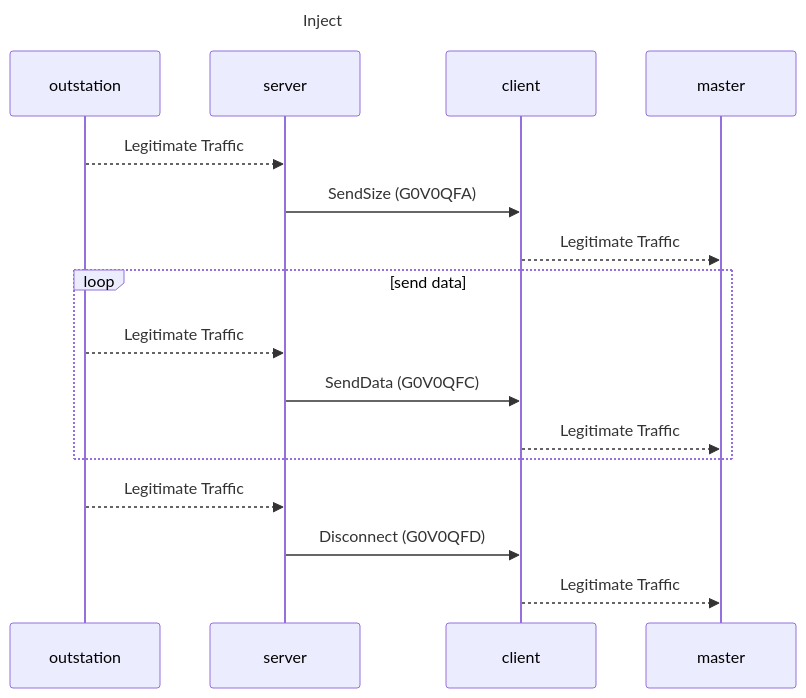
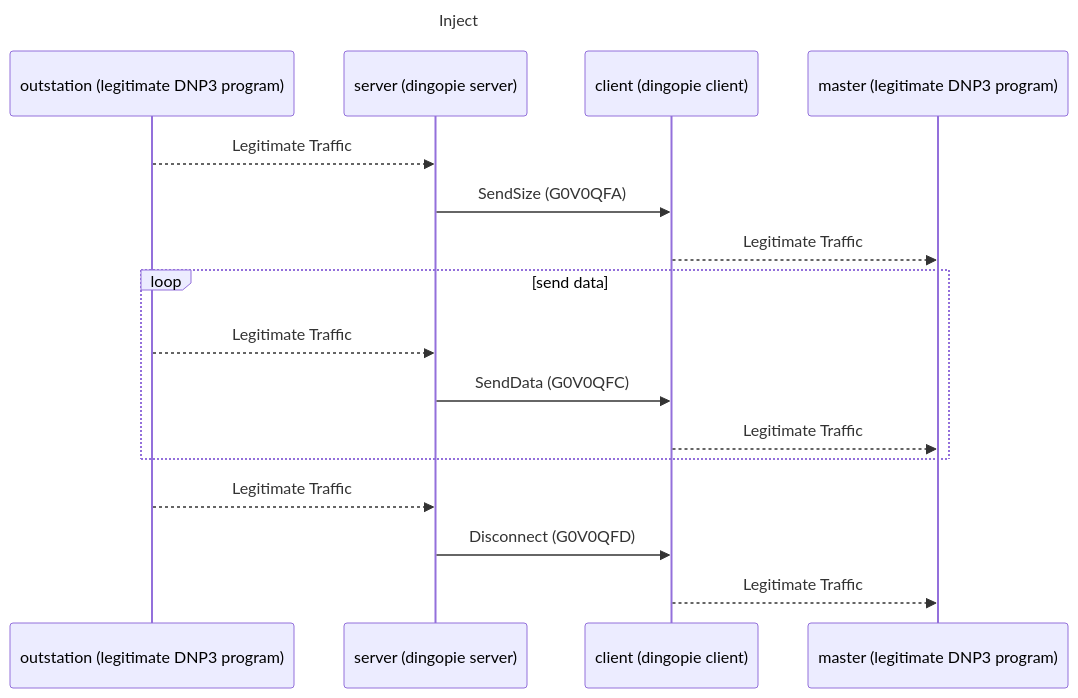
One commit to nblair2/dingopie changed the fourth of 4 diagrams in README.md. Above: the diagram before and after it, drawn with Mermaid. The commit also changed other lines of this file and 20 other files, not shown here.

````diff
--- a/README.md
+++ b/README.md
@@ -162,20 +164,20 @@
 ```mermaid
 sequenceDiagram
 Title: Inject
-    participant o as outstation
-    participant s as server
-    participant c as client
-    participant m as master
+    participant o as outstation (legitimate DNP3 program)
+    participant s as server (dingopie server)
+    participant c as client (dingopie client)
+    participant m as master (legitimate DNP3 program)
 
     o -->>s: Legitimate Traffic
     s->>c: SendSize (G0V0QFA)
     c-->>m: Legitimate Traffic
     Loop send data
         o-->>s: Legitimate Traffic
         s->>c:  SendData (G0V0QFC)
         c-->>m: Legitimate Traffic
     end
     o -->>s: Legitimate Traffic
     s->>c:   Disconnect (G0V0QFD)
     c-->>m:  Legitimate Traffic
 ```
````
